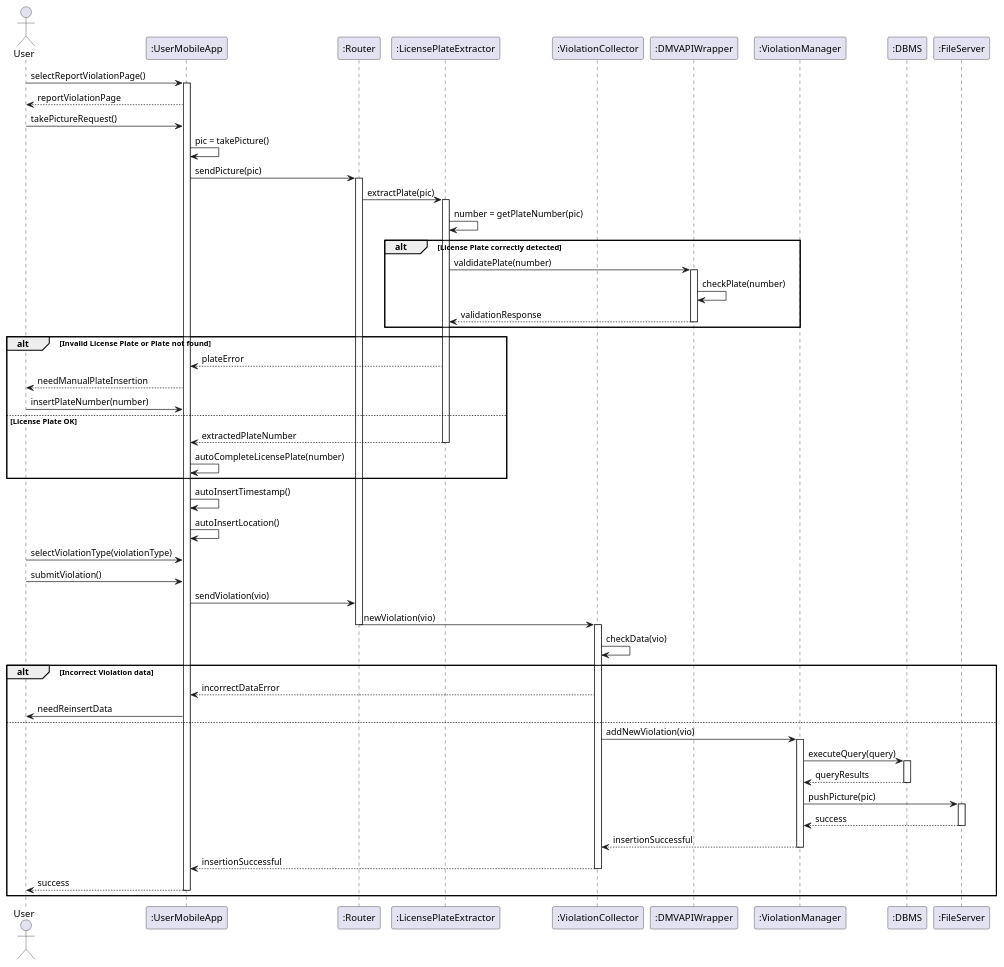
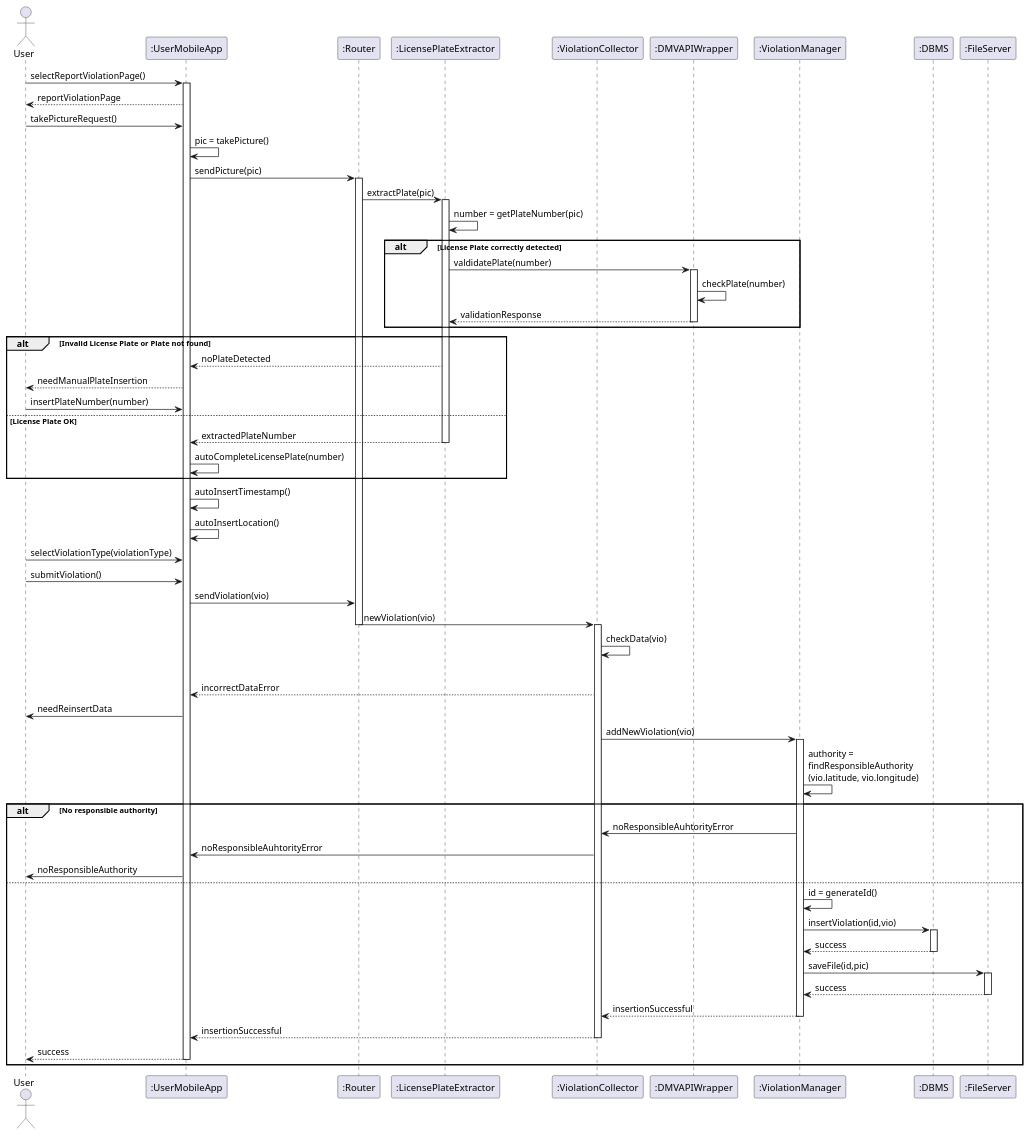
One commit to fuljo/FulginiDiCesare-SE2 changed the diagram in diagrams/dd_sequence_diagram_uc_1_3.wsd. Above: the diagram before and after it, drawn with PlantUML.

Commit message:
Improve quality of SD for violation collection
- rename error when no plate is detected
- detail the process of assigning a violation to an authority
- rename DBMS and FileServer methods
- add id generation

```diff
--- a/diagrams/dd_sequence_diagram_uc_1_3.wsd
+++ b/diagrams/dd_sequence_diagram_uc_1_3.wsd
@@ -1,70 +1,77 @@
 @startuml dd_sequence_diagram_uc_1_3
 skinparam Shadowing false
 
 actor User as U
 participant ":UserMobileApp" as UMA
 participant ":Router" as R
 participant ":LicensePlateExtractor" as LPE
 participant ":ViolationCollector" as VC
 participant ":DMVAPIWrapper" as DMV
 participant ":ViolationManager" as VM
 participant ":DBMS" as DBMS
 participant ":FileServer" as FS
 
 U -> UMA : selectReportViolationPage()
 activate UMA 
 UMA --> U : reportViolationPage
 U -> UMA : takePictureRequest()
 UMA -> UMA : pic = takePicture()
 UMA -> R : sendPicture(pic)
 activate R
 R -> LPE : extractPlate(pic)
 activate LPE
 LPE -> LPE : number = getPlateNumber(pic)
 alt License Plate correctly detected
 LPE -> DMV : valdidatePlate(number)
 activate DMV
 DMV -> DMV : checkPlate(number)
 DMV --> LPE : validationResponse
 deactivate DMV
 end
 alt Invalid License Plate or Plate not found
-LPE --> UMA : plateError
+LPE --> UMA : noPlateDetected
 UMA --> U : needManualPlateInsertion
 U -> UMA : insertPlateNumber(number)
 else License Plate OK
 LPE --> UMA : extractedPlateNumber
 deactivate LPE
 UMA -> UMA : autoCompleteLicensePlate(number)
 end
 UMA -> UMA : autoInsertTimestamp()
 UMA -> UMA : autoInsertLocation()
 U -> UMA : selectViolationType(violationType)
 U -> UMA : submitViolation()
 UMA -> R : sendViolation(vio)
 R -> VC : newViolation(vio)
 deactivate R
 activate VC
 VC -> VC : checkData(vio)
 alt Incorrect Violation data
 VC --> UMA : incorrectDataError
 UMA -> U : needReinsertData
 else
 VC -> VM : addNewViolation(vio)
 activate VM
-VM -> DBMS : executeQuery(query)
+VM -> VM : authority = \nfindResponsibleAuthority\n(vio.latitude, vio.longitude)
+alt No responsible authority
+VM -> VC : noResponsibleAuhtorityError
+VC -> UMA : noResponsibleAuhtorityError
+UMA -> U : noResponsibleAuthority
+else
+VM -> VM : id = generateId()
+VM -> DBMS : insertViolation(id,vio)
 activate DBMS
-DBMS --> VM : queryResults
+DBMS --> VM : success
 deactivate DBMS
-VM -> FS : pushPicture(pic)
+VM -> FS : saveFile(id,pic)
 activate FS
 FS --> VM : success
 deactivate FS
 VM --> VC : insertionSuccessful
 deactivate VM
 VC --> UMA : insertionSuccessful
 deactivate VC
 UMA --> U : success
 deactivate UMA
 end
 @enduml
```
